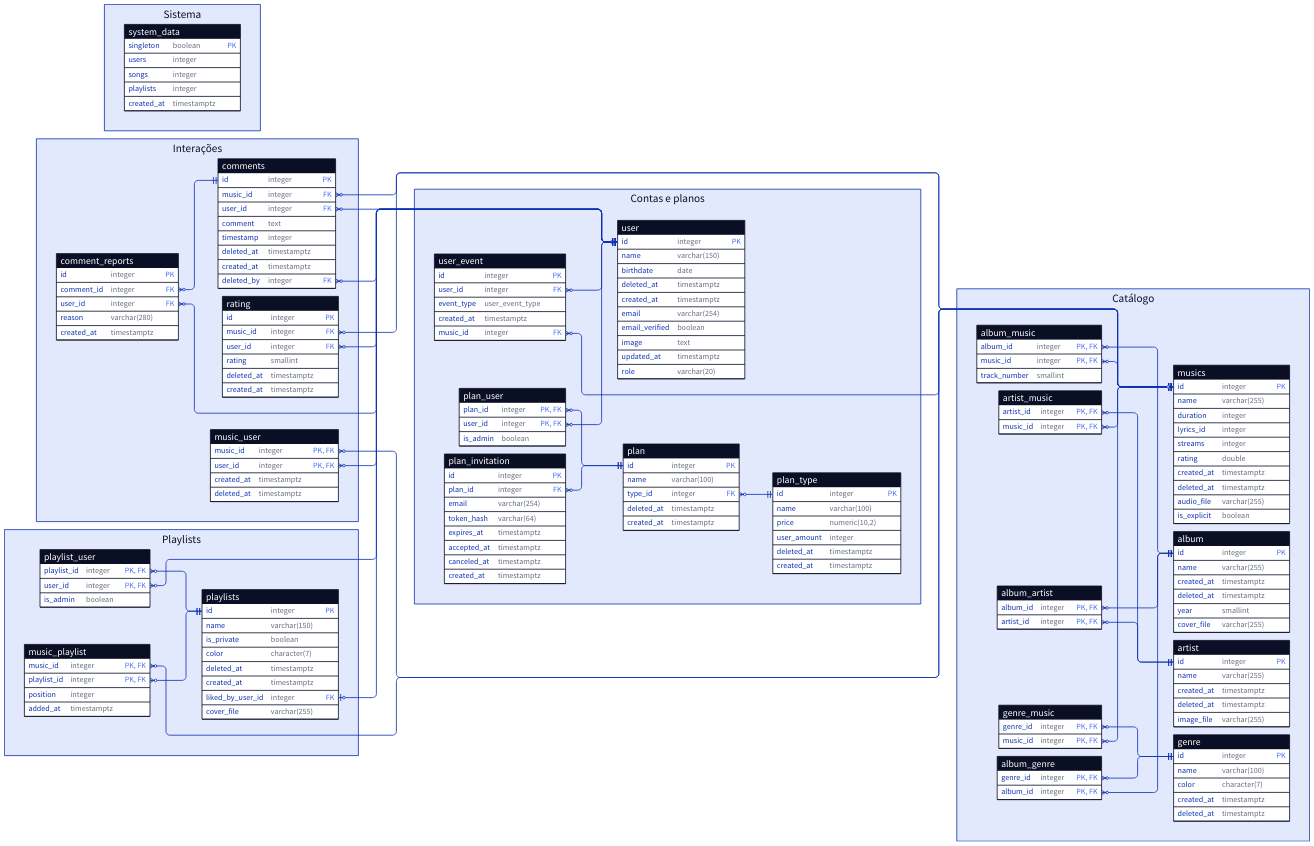
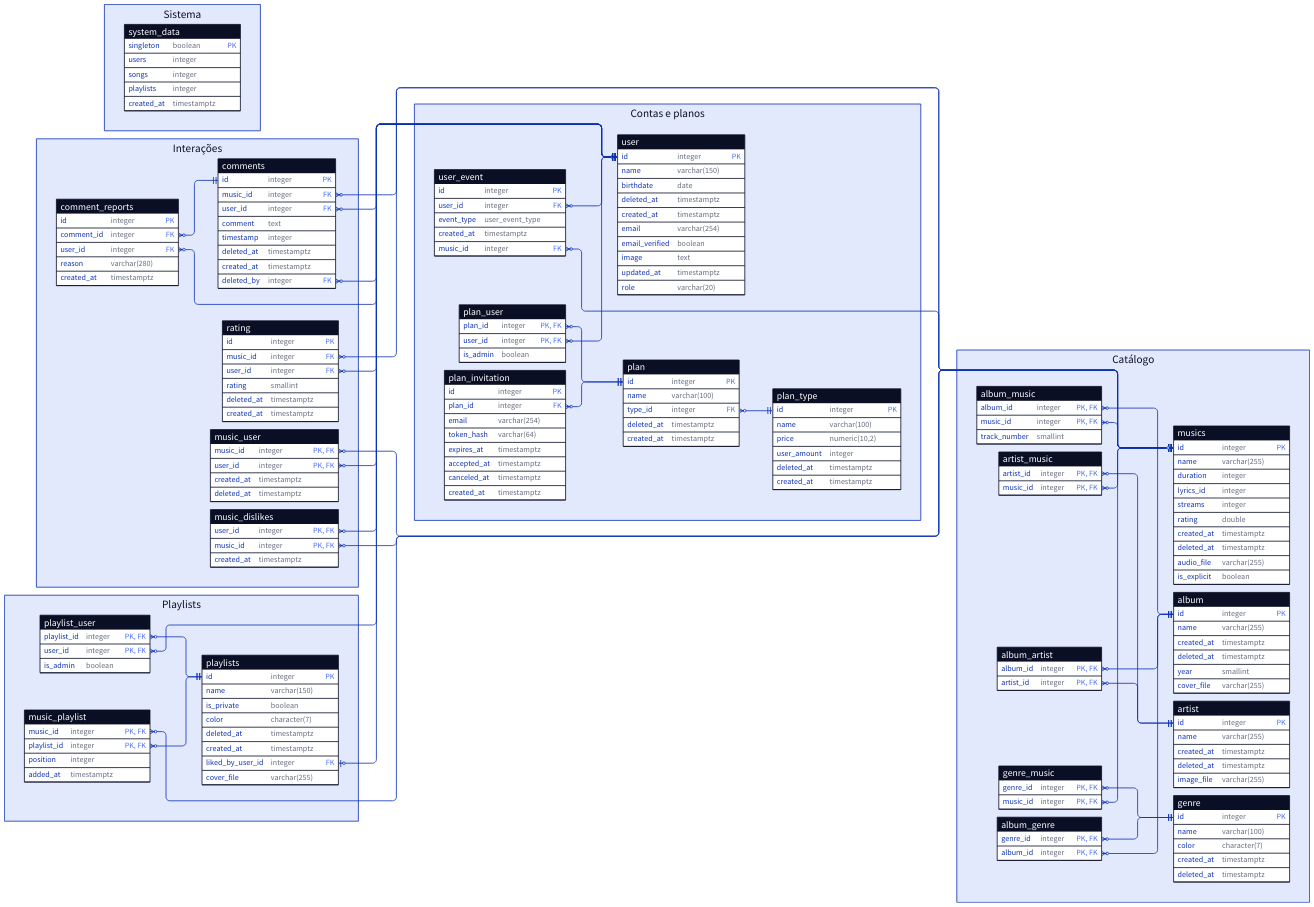
One commit to Warphn/Zovic changed the diagram in docs/assets/modelo-er-gerado.d2. Above: the diagram before and after it, drawn with D2. The commit also changed 1 other file, not shown here.

Commit message:
chore(db): atualiza diagrama ER gerado

```diff
--- a/docs/assets/modelo-er-gerado.d2
+++ b/docs/assets/modelo-er-gerado.d2
@@ -189,6 +189,12 @@
     created_at: "timestamptz"
     deleted_at: "timestamptz"
   }
+  music_dislikes: {
+    shape: sql_table
+    user_id: "integer" {constraint: [primary_key; foreign_key]}
+    music_id: "integer" {constraint: [primary_key; foreign_key]}
+    created_at: "timestamptz"
+  }
 }
 
 sistema: "Sistema" {
@@ -262,6 +268,14 @@
   source-arrowhead.shape: cf-many
   target-arrowhead.shape: cf-one-required
 }
+interacoes.music_dislikes.music_id <-> catalogo.musics.id: {
+  source-arrowhead.shape: cf-many
+  target-arrowhead.shape: cf-one-required
+}
+interacoes.music_dislikes.user_id <-> contas.user.id: {
+  source-arrowhead.shape: cf-many
+  target-arrowhead.shape: cf-one-required
+}
 playlists.music_playlist.music_id <-> catalogo.musics.id: {
   source-arrowhead.shape: cf-many
   target-arrowhead.shape: cf-one-required
```
